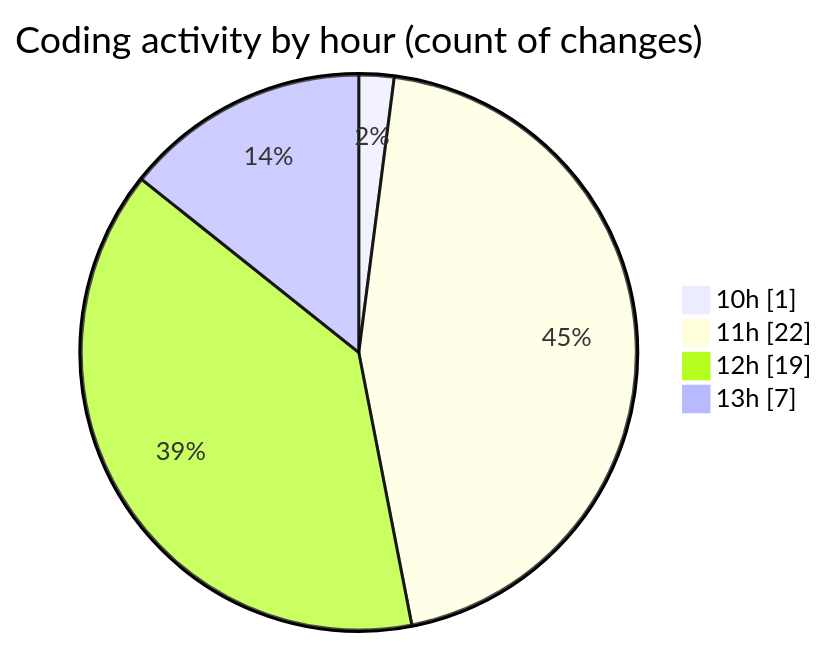
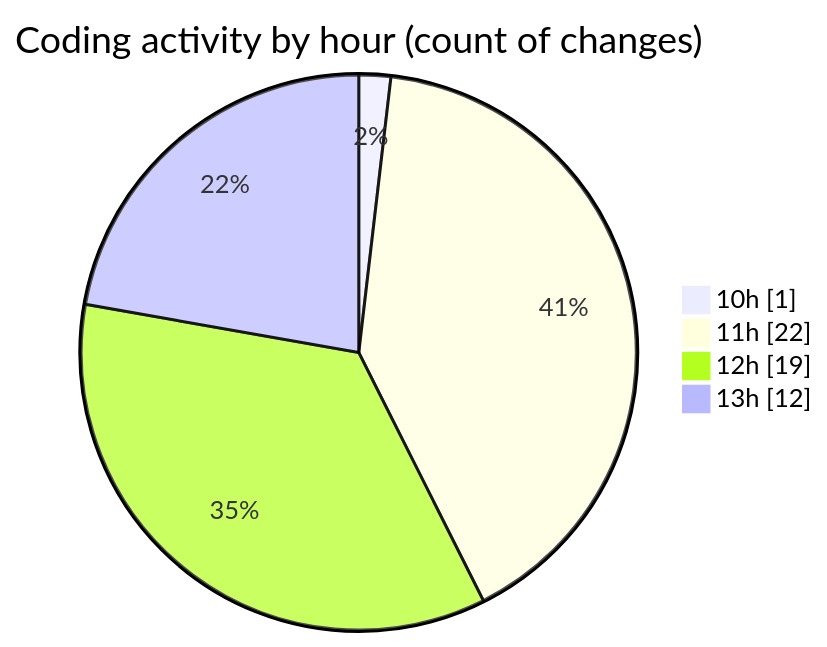
Before and after one commit to nxtqubesakshisongat/code-tracking: the second of 2 diagrams in 2026-03-30/nxtqube_webapp/README.md, drawn with Mermaid. The commit also changed other lines of this file and 1 other file, not shown here.

````diff
--- a/2026-03-30/nxtqube_webapp/README.md
+++ b/2026-03-30/nxtqube_webapp/README.md
@@ -34,8 +34,8 @@
 ```mermaid
 pie showData
 title Coding activity by hour (count of changes)
 "10h" : 1
 "11h" : 22
 "12h" : 19
-"13h" : 7
+"13h" : 12
 ```
````
